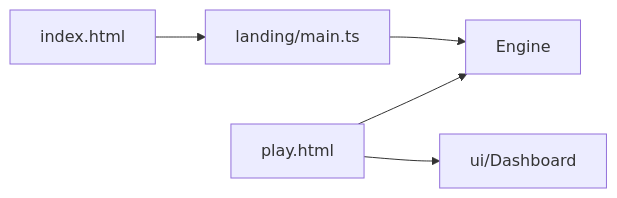
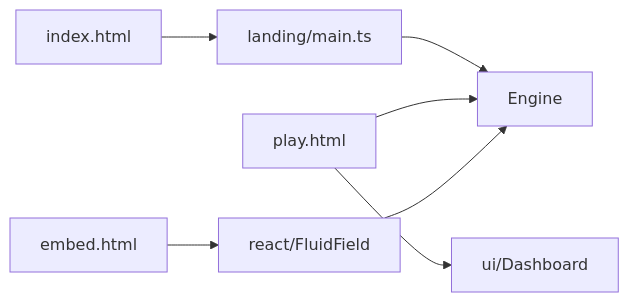
The diagram in src/landing/README.md (luandev/fluid-wallpaper), drawn with Mermaid before and after one commit. The commit also changed other lines of this file and 24 other files, not shown here.

````diff
--- a/src/landing/README.md
+++ b/src/landing/README.md
@@ -9,11 +9,14 @@
 ```mermaid
 flowchart LR
   index[index.html]
   landing[landing/main.ts]
   engine[Engine]
   play[play.html]
+  embed[embed.html]
   dash[ui/Dashboard]
+  field[react/FluidField]
   index --> landing --> engine
   play --> dash
   play --> engine
+  embed --> field --> engine
 ```
````
